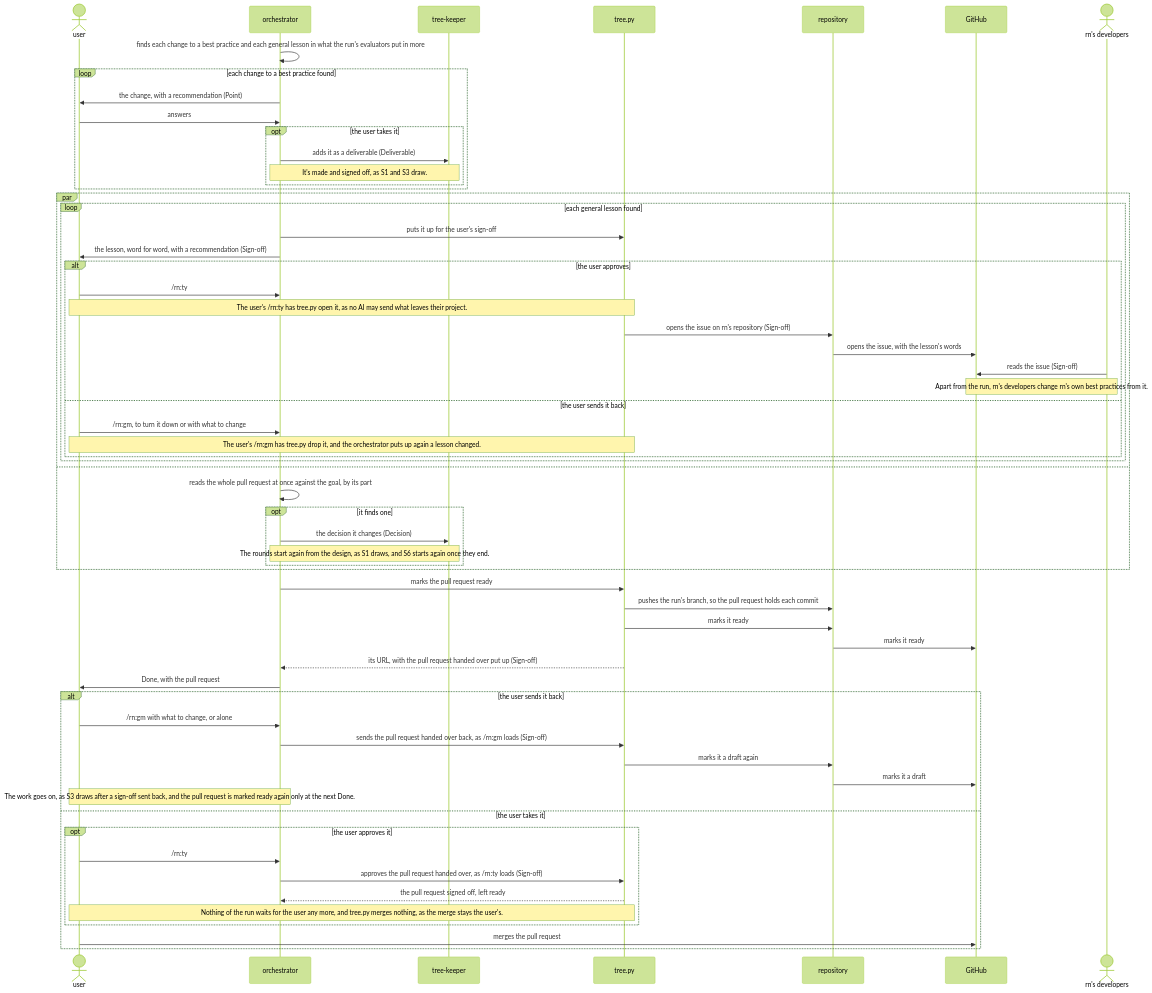
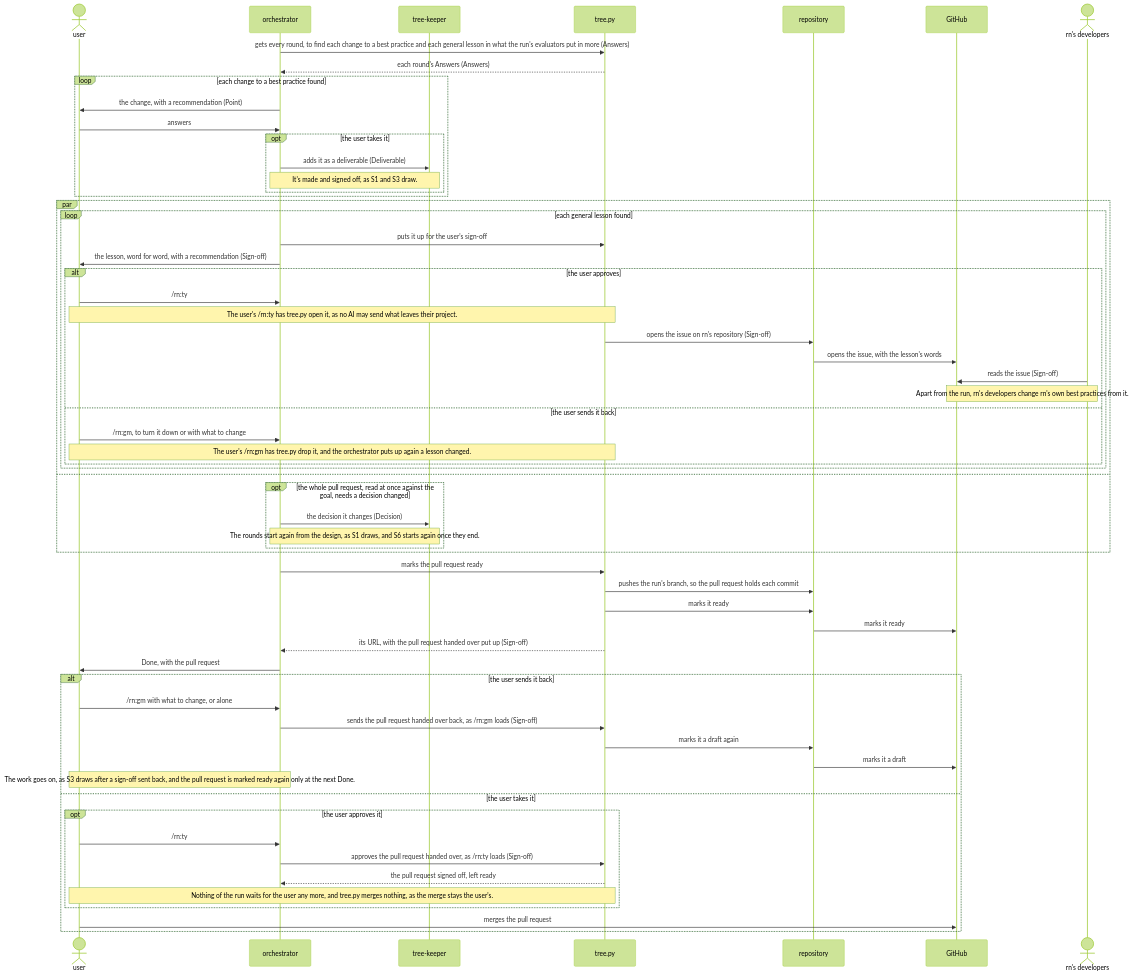
Before and after one commit to lovaizu/ccpm: the sixth of 6 diagrams in dev/rn/architecture.md, drawn with Mermaid (forest theme). The commit also changed other lines of this file and 7 other files, not shown here.

````diff
--- a/dev/rn/architecture.md
+++ b/dev/rn/architecture.md
@@ -432,63 +424,63 @@
 ```mermaid
 sequenceDiagram
   actor U as user
   participant O as orchestrator
   participant K as tree-keeper
   participant T as tree.py
   participant RP as repository
   participant GH as GitHub
   actor D as rn's developers
-  O->>O: finds each change to a best practice and each general lesson in what the run's evaluators put in more
+  O->>T: gets every round, to find each change to a best practice and each general lesson in what the run's evaluators put in more (Answers)
+  T-->>O: each round's Answers (Answers)
   loop each change to a best practice found
     O->>U: the change, with a recommendation (Point)
     U->>O: answers
     opt the user takes it
       O->>K: adds it as a deliverable (Deliverable)
       Note over O,K: It's made and signed off, as S1 and S3 draw.
     end
   end
   par
     loop each general lesson found
       O->>T: puts it up for the user's sign-off
       O->>U: the lesson, word for word, with a recommendation (Sign-off)
       alt the user approves
         U->>O: /rn:ty
         Note over U,T: The user's /rn:ty has tree.py open it, as no AI may send what leaves their project.
         T->>RP: opens the issue on rn's repository (Sign-off)
         RP->>GH: opens the issue, with the lesson's words
         D->>GH: reads the issue (Sign-off)
         Note over GH,D: Apart from the run, rn's developers change rn's own best practices from it.
       else the user sends it back
         U->>O: /rn:gm, to turn it down or with what to change
         Note over U,T: The user's /rn:gm has tree.py drop it, and the orchestrator puts up again a lesson changed.
       end
     end
   and
-    O->>O: reads the whole pull request at once against the goal, by its part
-    opt it finds one
+    opt the whole pull request, read at once against the goal, needs a decision changed
       O->>K: the decision it changes (Decision)
       Note over O,K: The rounds start again from the design, as S1 draws, and S6 starts again once they end.
     end
   end
   O->>T: marks the pull request ready
   T->>RP: pushes the run's branch, so the pull request holds each commit
   T->>RP: marks it ready
   RP->>GH: marks it ready
   T-->>O: its URL, with the pull request handed over put up (Sign-off)
   O->>U: Done, with the pull request
   alt the user sends it back
     U->>O: /rn:gm with what to change, or alone
     O->>T: sends the pull request handed over back, as /rn:gm loads (Sign-off)
     T->>RP: marks it a draft again
     RP->>GH: marks it a draft
     Note over U,O: The work goes on, as S3 draws after a sign-off sent back, and the pull request is marked ready again only at the next Done.
   else the user takes it
     opt the user approves it
       U->>O: /rn:ty
       O->>T: approves the pull request handed over, as /rn:ty loads (Sign-off)
       T-->>O: the pull request signed off, left ready
       Note over U,T: Nothing of the run waits for the user any more, and tree.py merges nothing, as the merge stays the user's.
     end
     U->>GH: merges the pull request
   end
 ```
````
